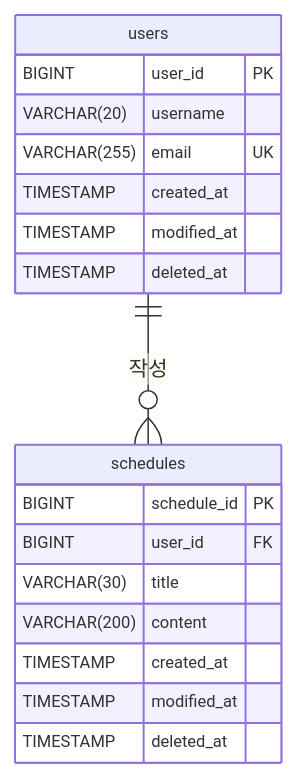
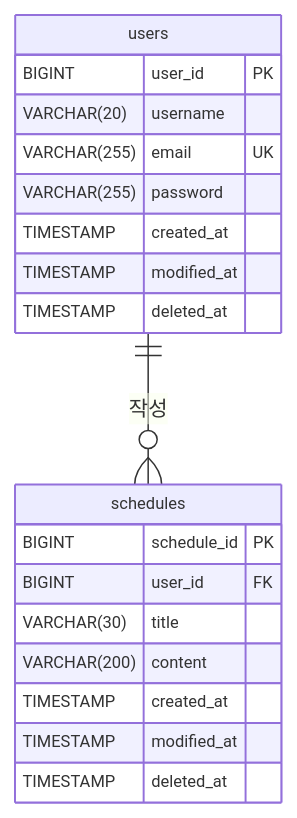
The diagram in README.md (euneuneun/schedule-project-2), drawn with Mermaid before and after one commit. The commit also changed other lines of this file, not shown here.

````diff
--- a/README.md
+++ b/README.md
@@ -510,24 +513,25 @@
 ```mermaid
 %%{init: {"er": {"layoutDirection": "LR", "useMaxWidth": false, "diagramPadding": 8, "entityPadding": 8, "minEntityWidth": 60, "minEntityHeight": 40, "fontSize": 11}, "themeVariables": {"fontSize": "11px"}}}%%
 erDiagram
     users ||--o{ schedules : "작성"
 
     users {
         BIGINT user_id PK
         VARCHAR(20) username
         VARCHAR(255) email UK
+        VARCHAR(255) password 
         TIMESTAMP created_at
         TIMESTAMP modified_at
         TIMESTAMP deleted_at
     }
 
     schedules {
         BIGINT schedule_id PK
         BIGINT user_id FK
         VARCHAR(30) title
         VARCHAR(200) content
         TIMESTAMP created_at
         TIMESTAMP modified_at
         TIMESTAMP deleted_at
     }
 ```
````
